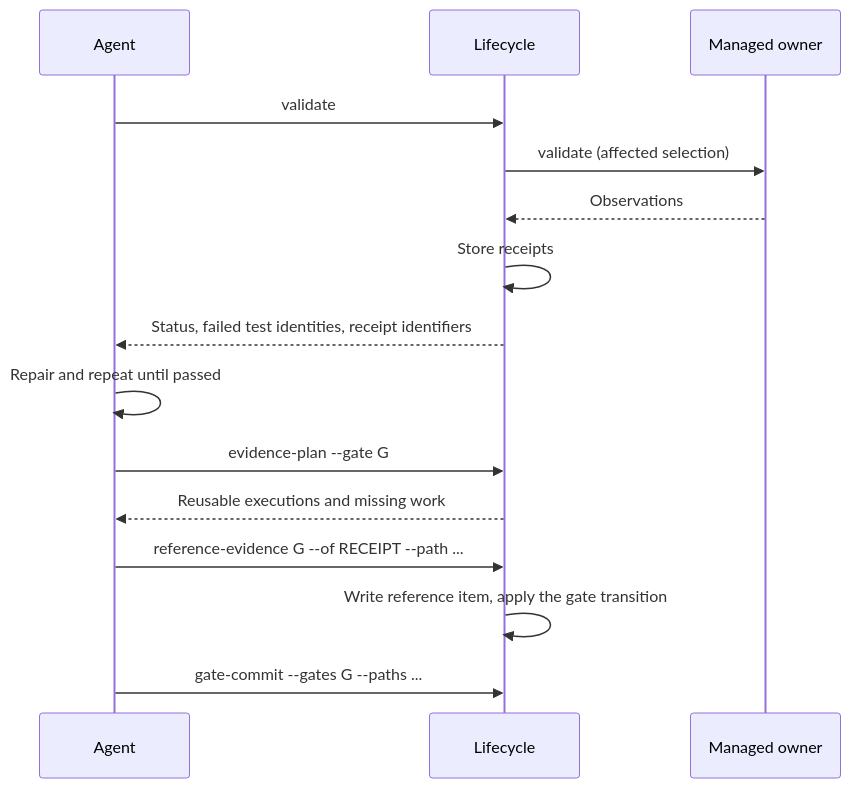
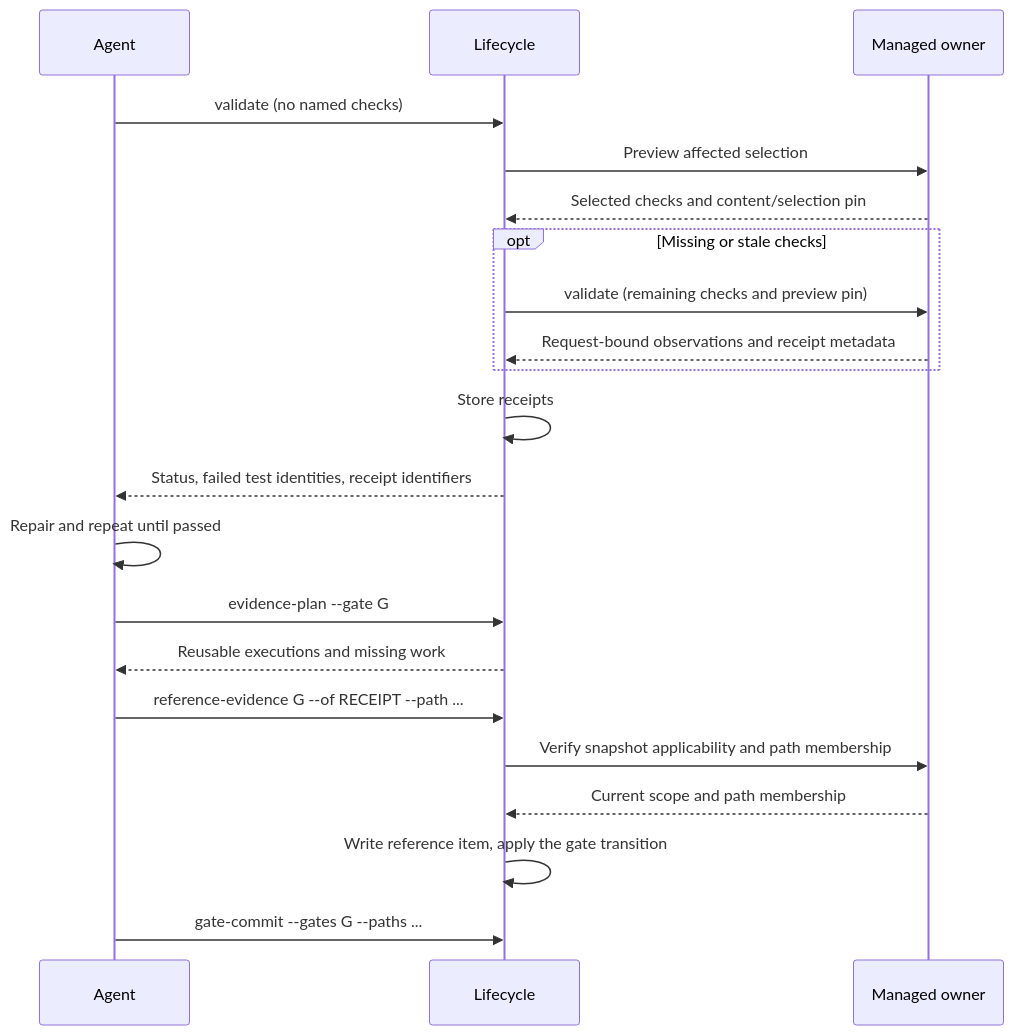
The first of 3 diagrams in docs/specs/dbsctr_v3_lifecycle/features/execution-evidence-reuse.md (Saltiola7/dotfiles-ai), drawn with Mermaid before and after one commit. The commit also changed other lines of this file and 14 other files, not shown here.

````diff
--- a/docs/specs/dbsctr_v3_lifecycle/features/execution-evidence-reuse.md
+++ b/docs/specs/dbsctr_v3_lifecycle/features/execution-evidence-reuse.md
@@ -261,19 +273,25 @@
 ```mermaid
 sequenceDiagram
   accTitle: From a settled edit to a gate reference
   accDescr: The agent validates before committing, repairs failures, then references the passing receipt at the gate instead of executing again.
   participant A as Agent
   participant L as Lifecycle
   participant O as Managed owner
-  A->>L: validate
-  L->>O: validate (affected selection)
-  O-->>L: Observations
+  A->>L: validate (no named checks)
+  L->>O: Preview affected selection
+  O-->>L: Selected checks and content/selection pin
+  opt Missing or stale checks
+    L->>O: validate (remaining checks and preview pin)
+    O-->>L: Request-bound observations and receipt metadata
+  end
   L->>L: Store receipts
   L-->>A: Status, failed test identities, receipt identifiers
   A->>A: Repair and repeat until passed
   A->>L: evidence-plan --gate G
   L-->>A: Reusable executions and missing work
   A->>L: reference-evidence G --of RECEIPT --path ...
+  L->>O: Verify snapshot applicability and path membership
+  O-->>L: Current scope and path membership
   L->>L: Write reference item, apply the gate transition
   A->>L: gate-commit --gates G --paths ...
 ```
````
